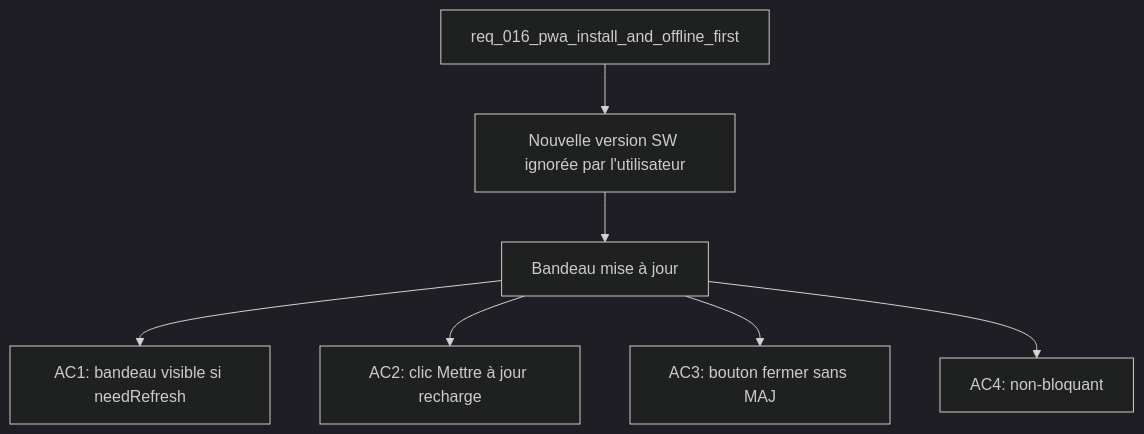
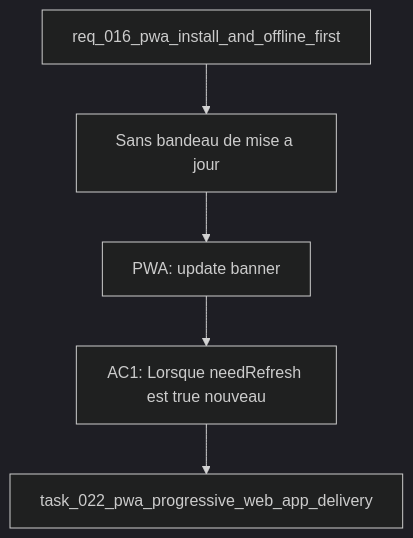
One commit to AlexAgo83/deepvault changed the diagram in logics/backlog/item_057_pwa_update_banner.md. Above: the diagram before and after it, drawn with Mermaid (dark theme). The commit also changed 57 other files, not shown here.

````diff
--- a/logics/backlog/item_057_pwa_update_banner.md
+++ b/logics/backlog/item_057_pwa_update_banner.md
@@ -20,11 +20,9 @@
 ```mermaid
 %% logics-kind: backlog
 %% logics-signature: backlog|pwa-update-banner|req-016-pwa-install-and-offline-first|sans-bandeau-de-mise-a-jour|ac1-lorsque-needrefresh-est-true-nouveau
 flowchart TD
-    Request[req_016_pwa_install_and_offline_first] --> Problem[Nouvelle version SW ignorée par l'utilisateur]
-    Problem --> Scope[Bandeau mise à jour]
-    Scope --> AC1[AC1: bandeau visible si needRefresh]
-    Scope --> AC2[AC2: clic Mettre à jour recharge]
-    Scope --> AC3[AC3: bouton fermer sans MAJ]
-    Scope --> AC4[AC4: non-bloquant]
+    Request[req_016_pwa_install_and_offline_first] --> Problem[Sans bandeau de mise a jour]
+    Problem --> Scope[PWA: update banner]
+    Scope --> Acceptance[AC1: Lorsque needRefresh est true nouveau]
+    Acceptance --> Tasks[task_022_pwa_progressive_web_app_delivery]
 ```
````
